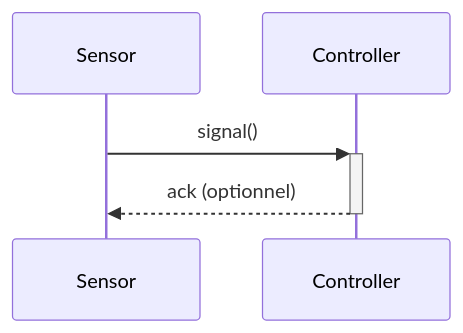
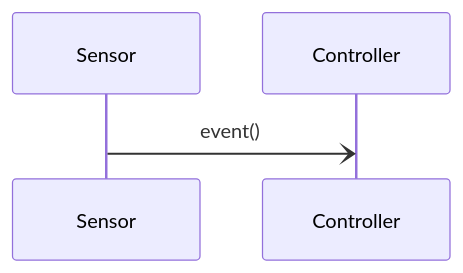
Before and after one commit to ophenix-maisonneuve/420-930-ma-site-web: the third of 10 diagrams in _notes/uml/uml-sequence.md, drawn with Mermaid. The commit also changed other lines of this file, not shown here.

Commit message:
ajout des notes de cours sur le diagramme de séquence

````diff
--- a/_notes/uml/uml-sequence.md
+++ b/_notes/uml/uml-sequence.md
@@ -54,5 +53,4 @@
 ```mermaid
 sequenceDiagram
-Sensor ->>+ Controller : signal()
-Controller -->>- Sensor : ack (optionnel)
+Sensor -) Controller : event()
 ```
````
